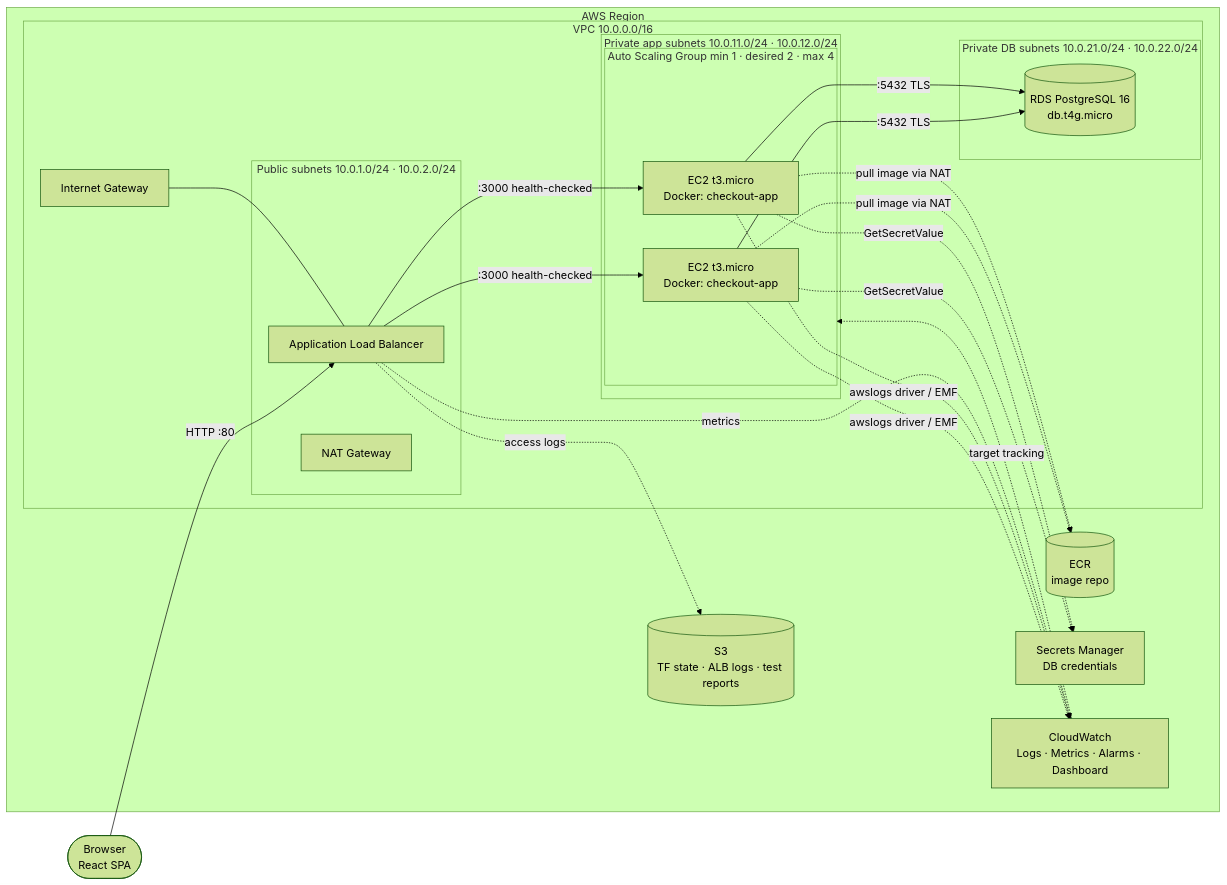
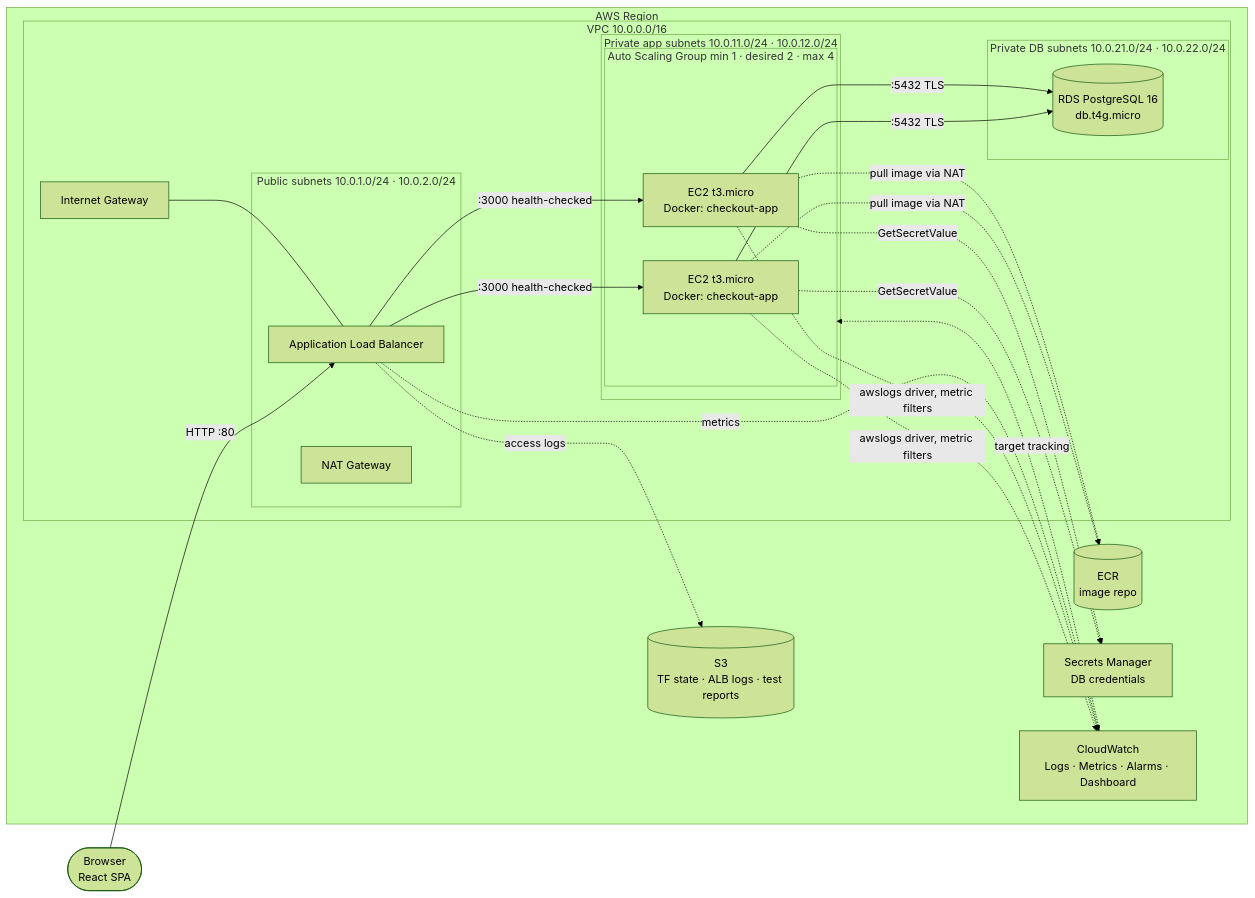
Before and after one commit to Ayush32-creator/CC_AWS_AUTO_SCALING: the diagram in docs/01-architecture.md, drawn with Mermaid (forest theme). The commit also changed other lines of this file and 12 other files, not shown here.

First line of the commit message:
Phase 5 (1/n): CloudWatch metric filters, dashboard and alarms

````diff
--- a/docs/01-architecture.md
+++ b/docs/01-architecture.md
@@ -7,37 +7,37 @@
 ```mermaid
 flowchart LR
     user([Browser<br/>React SPA]) -->|HTTP :80| alb
 
     subgraph aws[AWS Region]
       subgraph vpc[VPC 10.0.0.0/16]
         igw[Internet Gateway]
         subgraph pub[Public subnets  10.0.1.0/24 · 10.0.2.0/24]
           alb[Application Load Balancer]
           nat[NAT Gateway]
         end
         subgraph app[Private app subnets  10.0.11.0/24 · 10.0.12.0/24]
           subgraph asg[Auto Scaling Group  min 1 · desired 2 · max 4]
             ec2a[EC2 t3.micro<br/>Docker: checkout-app]
             ec2b[EC2 t3.micro<br/>Docker: checkout-app]
           end
         end
         subgraph db[Private DB subnets  10.0.21.0/24 · 10.0.22.0/24]
           rds[(RDS PostgreSQL 16<br/>db.t4g.micro)]
         end
       end
       ecr[(ECR<br/>image repo)]
       sm[Secrets Manager<br/>DB credentials]
       cw[CloudWatch<br/>Logs · Metrics · Alarms · Dashboard]
       s3[(S3<br/>TF state · ALB logs · test reports)]
     end
 
     igw --- alb
     alb -->|:3000 health-checked| ec2a & ec2b
     ec2a & ec2b -->|:5432 TLS| rds
     ec2a & ec2b -.->|pull image via NAT| ecr
     ec2a & ec2b -.->|GetSecretValue| sm
-    ec2a & ec2b -.->|awslogs driver / EMF| cw
+    ec2a & ec2b -.->|awslogs driver, metric filters| cw
     alb -.->|metrics| cw
     alb -.->|access logs| s3
     cw -.->|target tracking| asg
 ```
````
